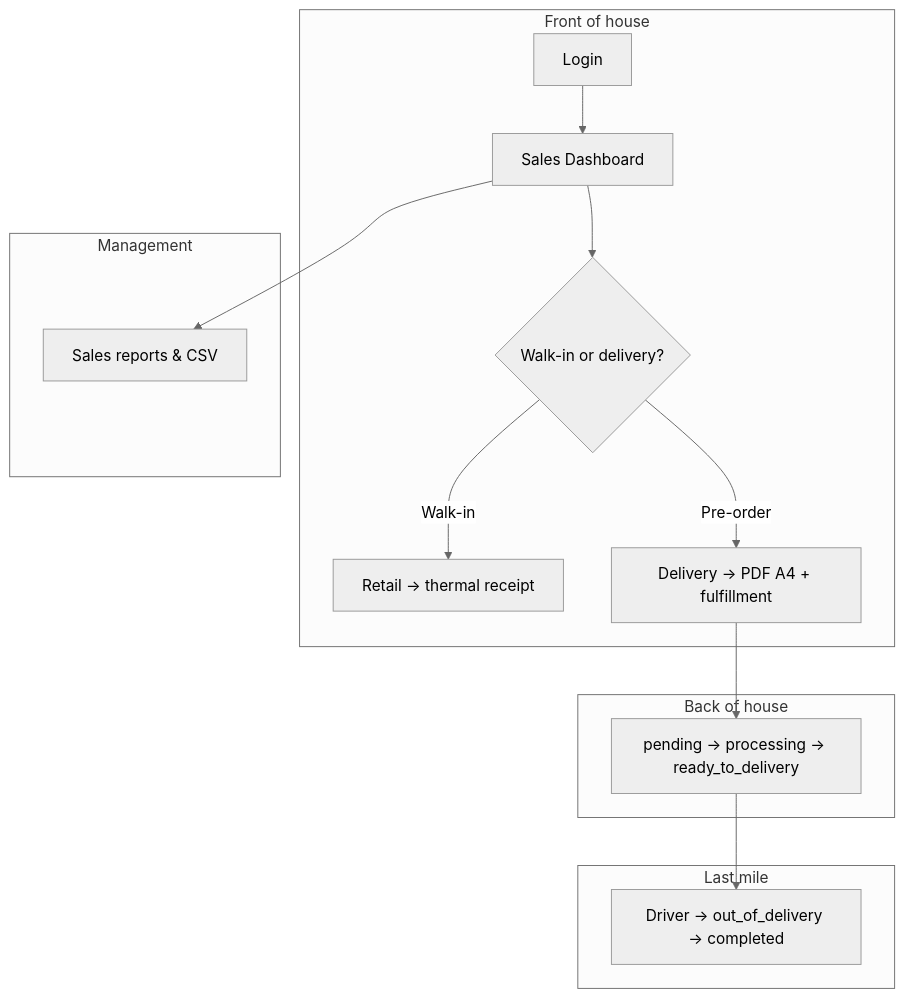
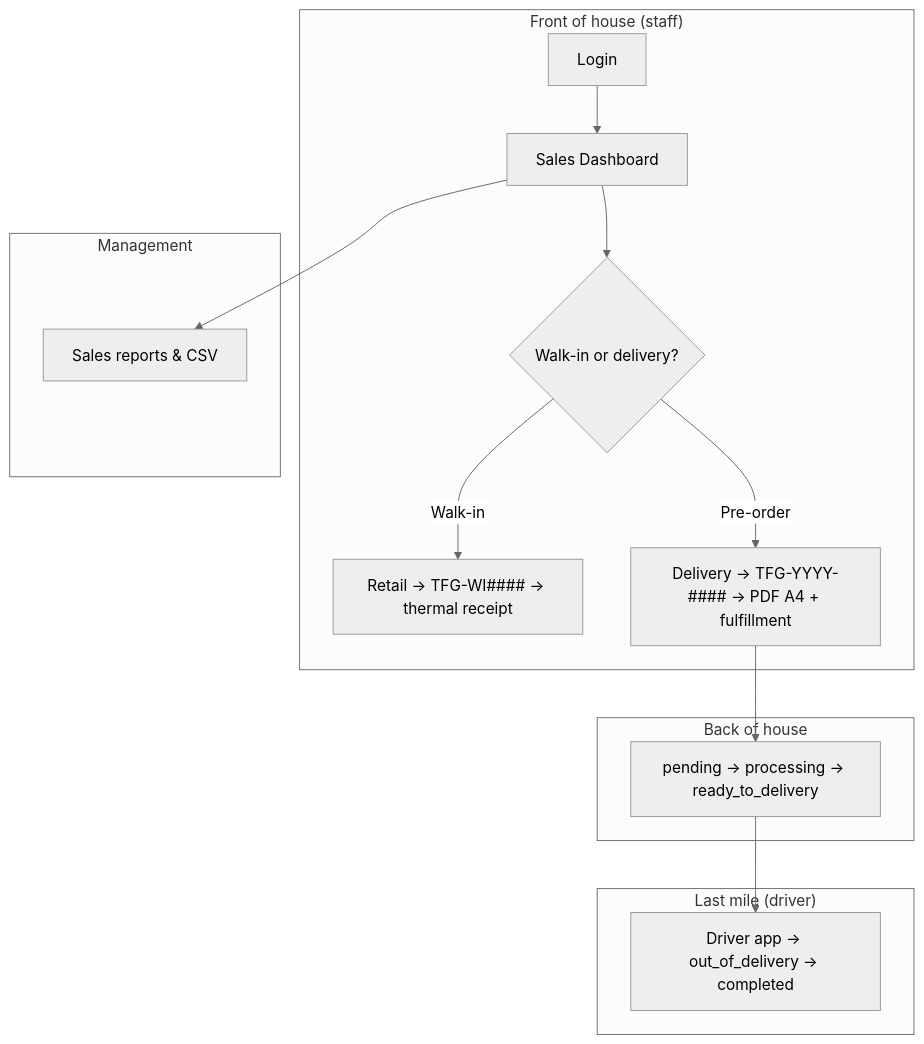
Before and after one commit to kahliantoo-rgb/tfg_vday: the ninth of 9 diagrams in docs/WORKFLOW.md, drawn with Mermaid (neutral theme). The commit also changed other lines of this file and 35 other files, not shown here.

````diff
--- a/docs/WORKFLOW.md
+++ b/docs/WORKFLOW.md
@@ -283,21 +328,21 @@
 ```mermaid
 flowchart TB
-    subgraph Front["Front of house"]
+    subgraph Front["Front of house (staff)"]
         S1[Login] --> S2[Sales Dashboard]
         S2 --> S3{Walk-in or delivery?}
-        S3 -->|Walk-in| S4[Retail → thermal receipt]
-        S3 -->|Pre-order| S5[Delivery → PDF A4 + fulfillment]
+        S3 -->|Walk-in| S4[Retail → TFG-WI#### → thermal receipt]
+        S3 -->|Pre-order| S5[Delivery → TFG-YYYY-#### → PDF A4 + fulfillment]
     end
 
     subgraph Back["Back of house"]
         S5 --> B1[pending → processing → ready_to_delivery]
     end
 
-    subgraph LastMile["Last mile"]
-        B1 --> D1[Driver → out_of_delivery → completed]
+    subgraph LastMile["Last mile (driver)"]
+        B1 --> D1[Driver app → out_of_delivery → completed]
     end
 
     subgraph Insight["Management"]
         S2 --> R1[Sales reports & CSV]
     end
 ```
````
